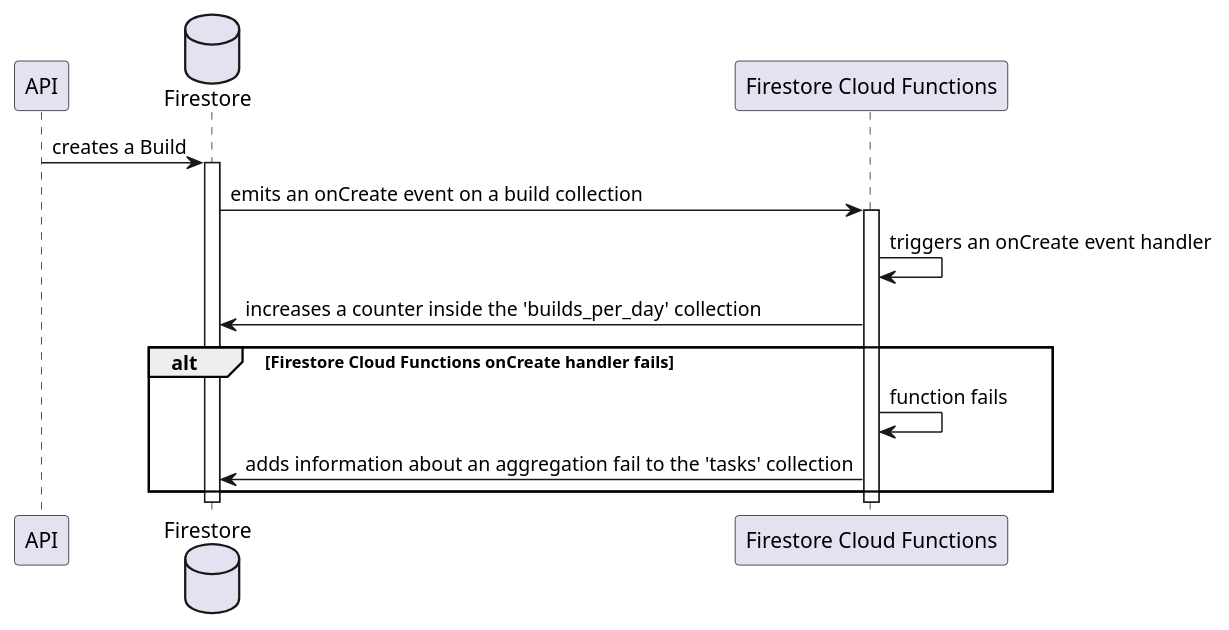
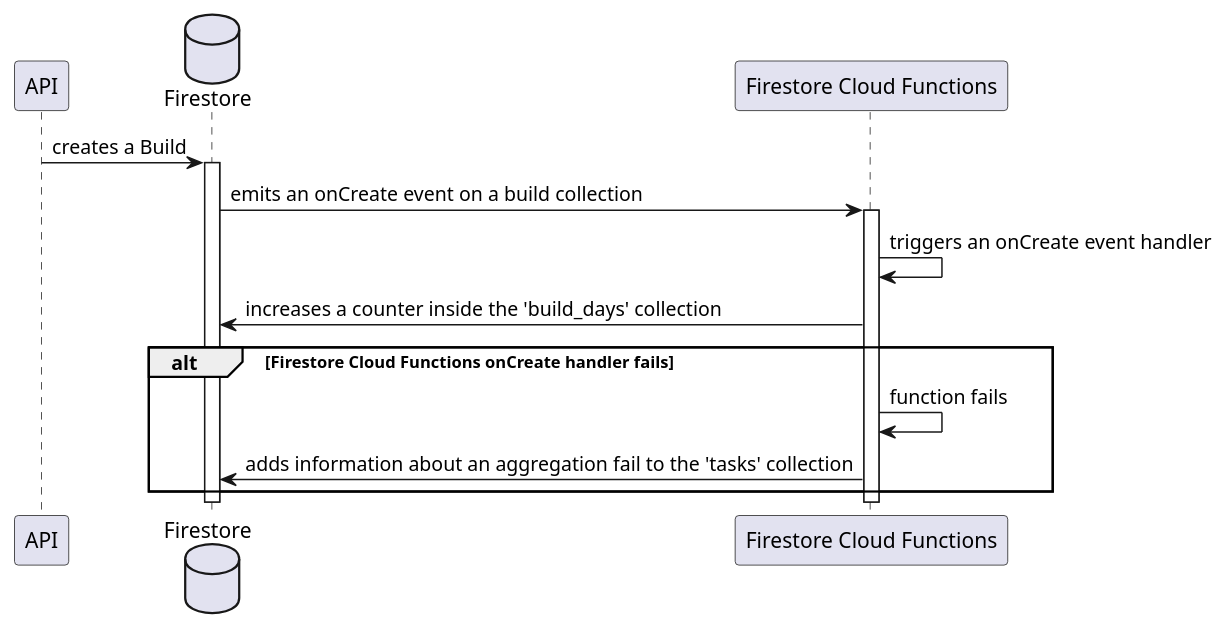
The diagram in metrics/firebase/docs/features/builds_aggregation/diagrams/firestore_create_builds_aggregation_sequence_diagram.puml (Flank/flank-dashboard), drawn with PlantUML before and after one commit. The commit also changed 2 other files, not shown here.

Commit message:
Add info about composite id. Fix diagrams

```diff
--- a/metrics/firebase/docs/features/builds_aggregation/diagrams/firestore_create_builds_aggregation_sequence_diagram.puml
+++ b/metrics/firebase/docs/features/builds_aggregation/diagrams/firestore_create_builds_aggregation_sequence_diagram.puml
@@ -1,29 +1,29 @@
 @startuml firestore_create_builds_aggregation_sequence_diagram
     skinparam ParticipantPadding 20
     skinparam BoxPadding 10
 
     participant API
 
     database Firestore
 
     participant "Firestore Cloud Functions" as FCF
 
     API -> Firestore : creates a Build
     activate Firestore
 
     Firestore -> FCF : emits an onCreate event on a build collection
     activate FCF
 
     FCF -> FCF : triggers an onCreate event handler
     
-    FCF -> Firestore : increases a counter inside the 'builds_per_day' collection
+    FCF -> Firestore : increases a counter inside the 'build_days' collection
 
     alt Firestore Cloud Functions onCreate handler fails
         FCF -> FCF : function fails
         FCF -> Firestore : adds information about an aggregation fail to the 'tasks' collection
     end
 
     deactivate FCF
     deactivate Firestore
 
 @enduml
```
